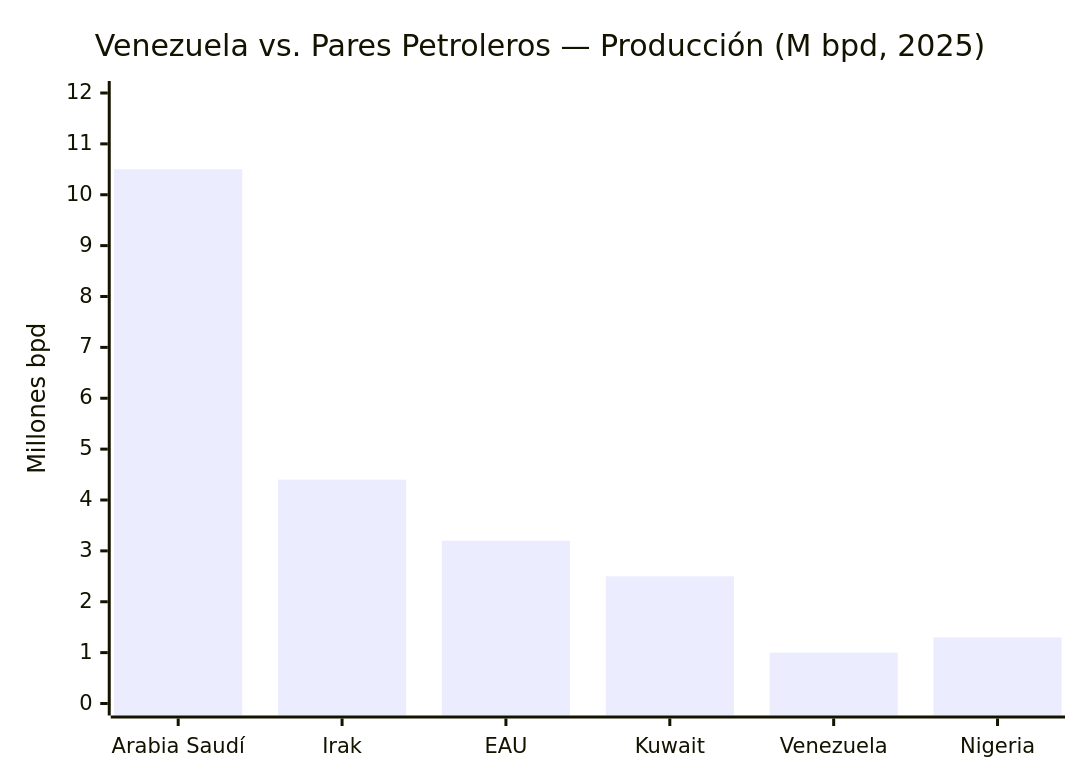
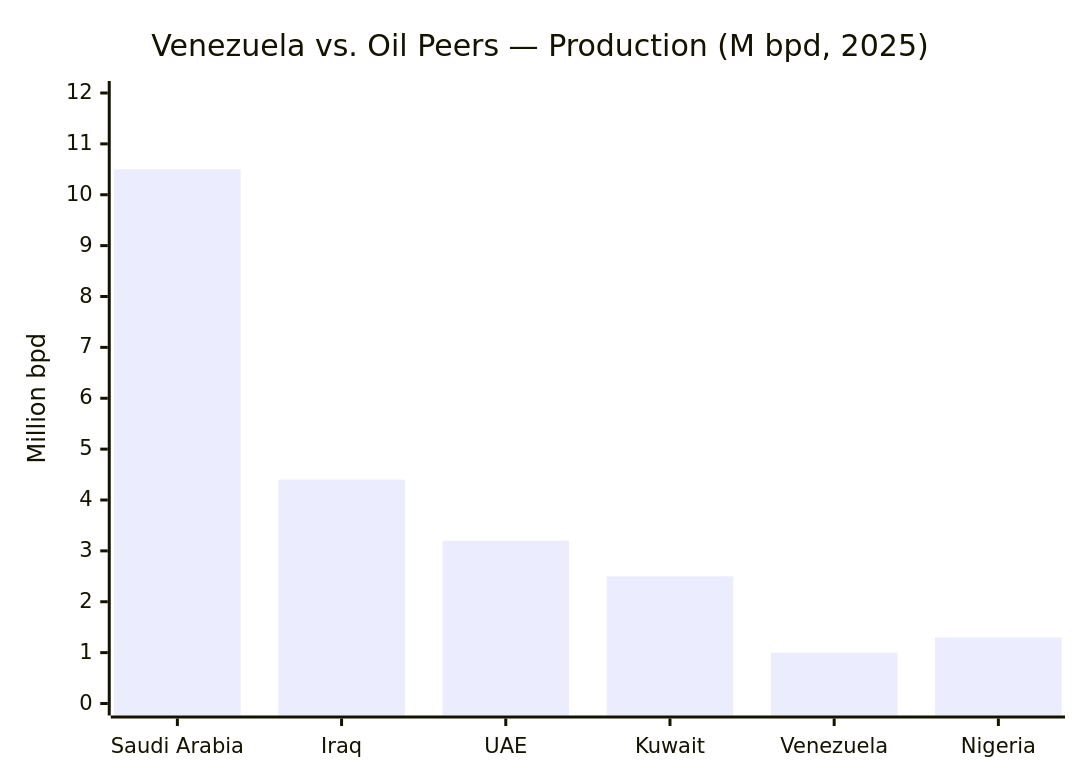
The first of 4 diagrams in i18n/en/docusaurus-plugin-content-docs/current/01-fundamentos/diagnostico.md (Venezuela-S-A/venezuela-sa), drawn with Mermaid before and after one commit. The commit also changed other lines of this file and 127 other files, not shown here.

````diff
--- a/i18n/en/docusaurus-plugin-content-docs/current/01-fundamentos/diagnostico.md
+++ b/i18n/en/docusaurus-plugin-content-docs/current/01-fundamentos/diagnostico.md
@@ -31,7 +31,7 @@
 ```mermaid
 xychart-beta
-    title "Venezuela vs. Pares Petroleros — Producción (M bpd, 2025)"
-    x-axis ["Arabia Saudí", "Irak", "EAU", "Kuwait", "Venezuela", "Nigeria"]
-    y-axis "Millones bpd" 0 --> 12
+    title "Venezuela vs. Oil Peers — Production (M bpd, 2025)"
+    x-axis ["Saudi Arabia", "Iraq", "UAE", "Kuwait", "Venezuela", "Nigeria"]
+    y-axis "Million bpd" 0 --> 12
     bar [10.5, 4.4, 3.2, 2.5, 1.0, 1.3]
 ```
````
